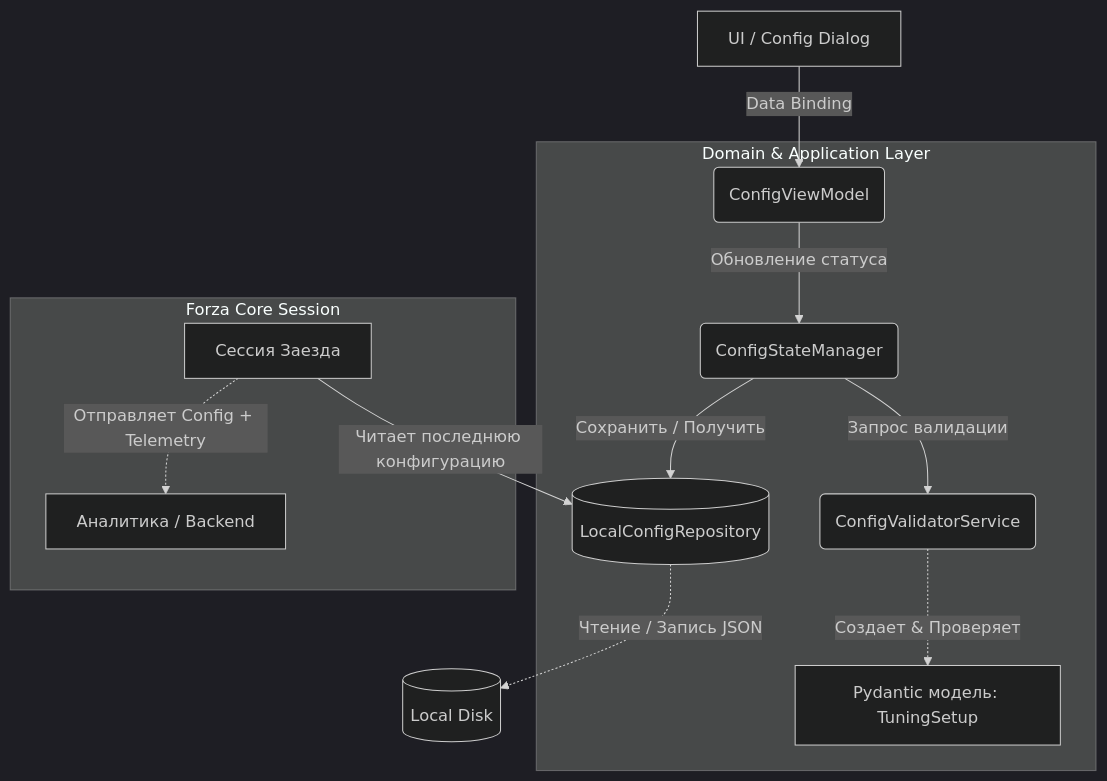
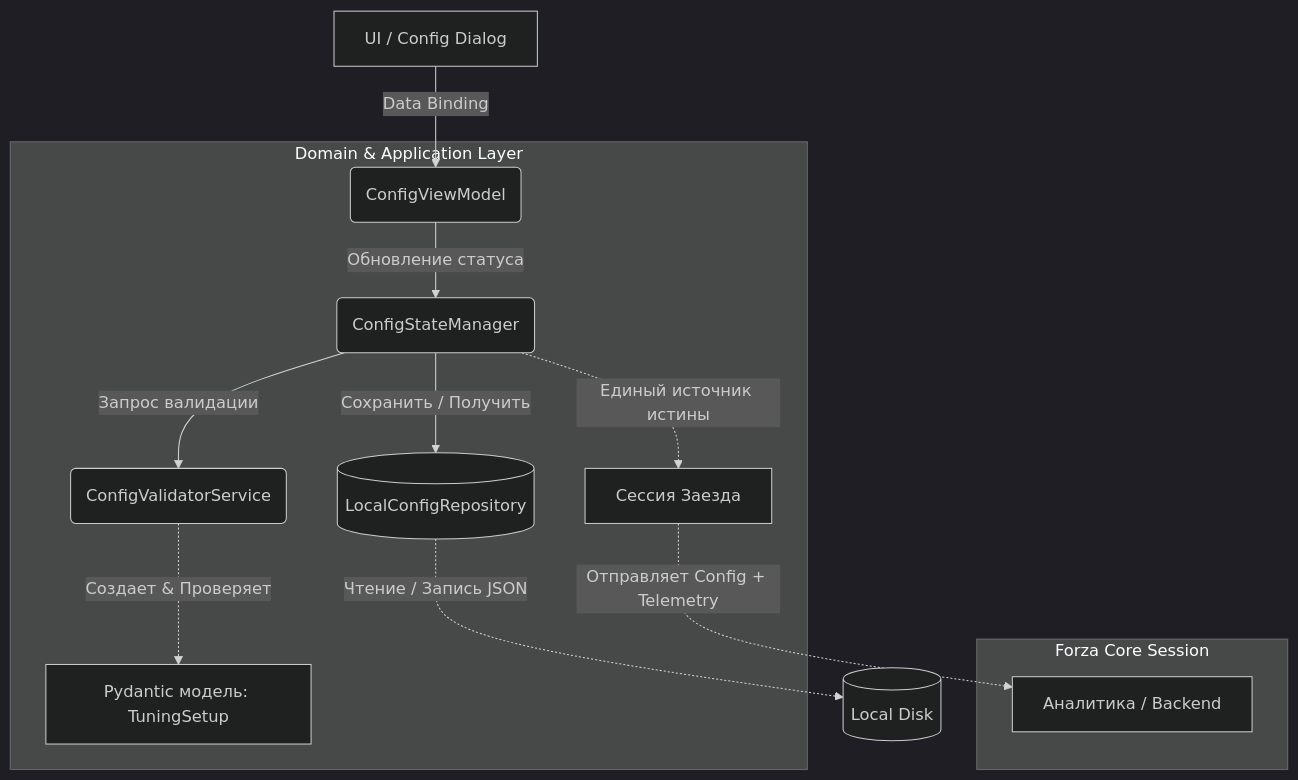
The first of 2 diagrams in docs/04_Domain_Logic/01_config_state_management.md (1DenLy/ForzaAITuner), drawn with Mermaid (dark theme) before and after one commit. The commit also changed other lines of this file and 5 other files, not shown here.

````diff
--- a/docs/04_Domain_Logic/01_config_state_management.md
+++ b/docs/04_Domain_Logic/01_config_state_management.md
@@ -11,19 +11,19 @@
 ```mermaid
 flowchart TD
     UI[UI / Config Dialog] -->|Data Binding| CVM(ConfigViewModel)
     
     subgraph Domain & Application Layer
         CVM -->|Обновление статуса| CSM(ConfigStateManager)
         CSM -->|Запрос валидации| CVS(ConfigValidatorService)
         CVS -.->|Создает & Проверяет| TS[Pydantic модель: TuningSetup]
         
         CSM -->|Сохранить / Получить| LCR[(LocalConfigRepository)]
+        CSM -.->|Единый источник истины| DS[Сессия Заезда]
     end
     
     LCR -.->|Чтение / Запись JSON| Disk[(Local Disk)]
     
     subgraph Forza Core Session
-        DS[Сессия Заезда] -->|Читает последнюю конфигурацию| LCR
         DS -.->|Отправляет Config + Telemetry| Backend[Аналитика / Backend]
     end
 ```
````
